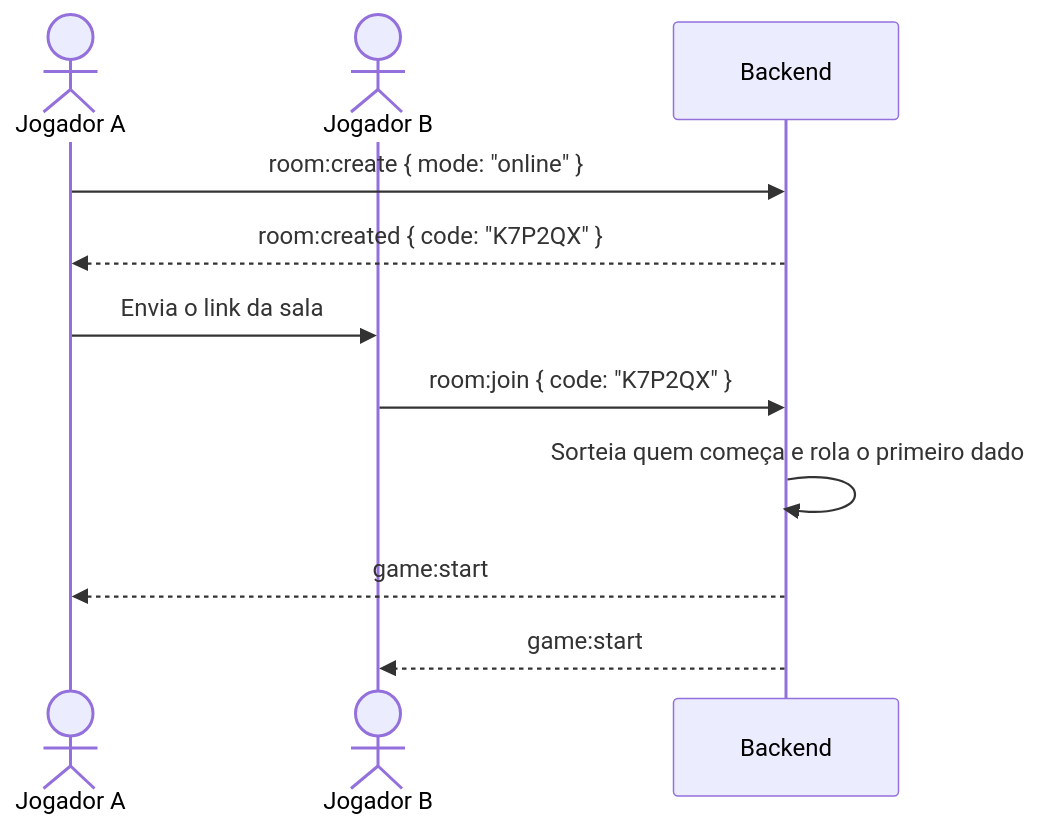
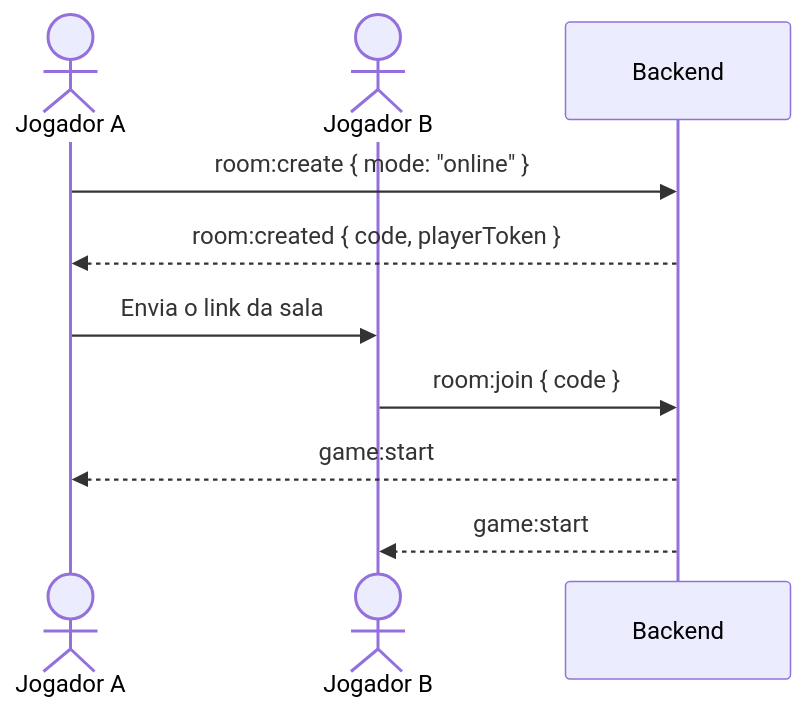
Before and after one commit to claclarinete/Knucklebones: the third of 4 diagrams in docs/README.md, drawn with Mermaid. The commit also changed other lines of this file, not shown here.

````diff
--- a/docs/README.md
+++ b/docs/README.md
@@ -188,14 +140,13 @@
 ```mermaid
 sequenceDiagram
     actor A as Jogador A
     actor C as Jogador B
     participant B as Backend
 
     A->>B: room:create { mode: "online" }
-    B-->>A: room:created { code: "K7P2QX" }
+    B-->>A: room:created { code, playerToken }
     A->>C: Envia o link da sala
-    C->>B: room:join { code: "K7P2QX" }
-    B->>B: Sorteia quem começa e rola o primeiro dado
+    C->>B: room:join { code }
     B-->>A: game:start
     B-->>C: game:start
 ```
````
